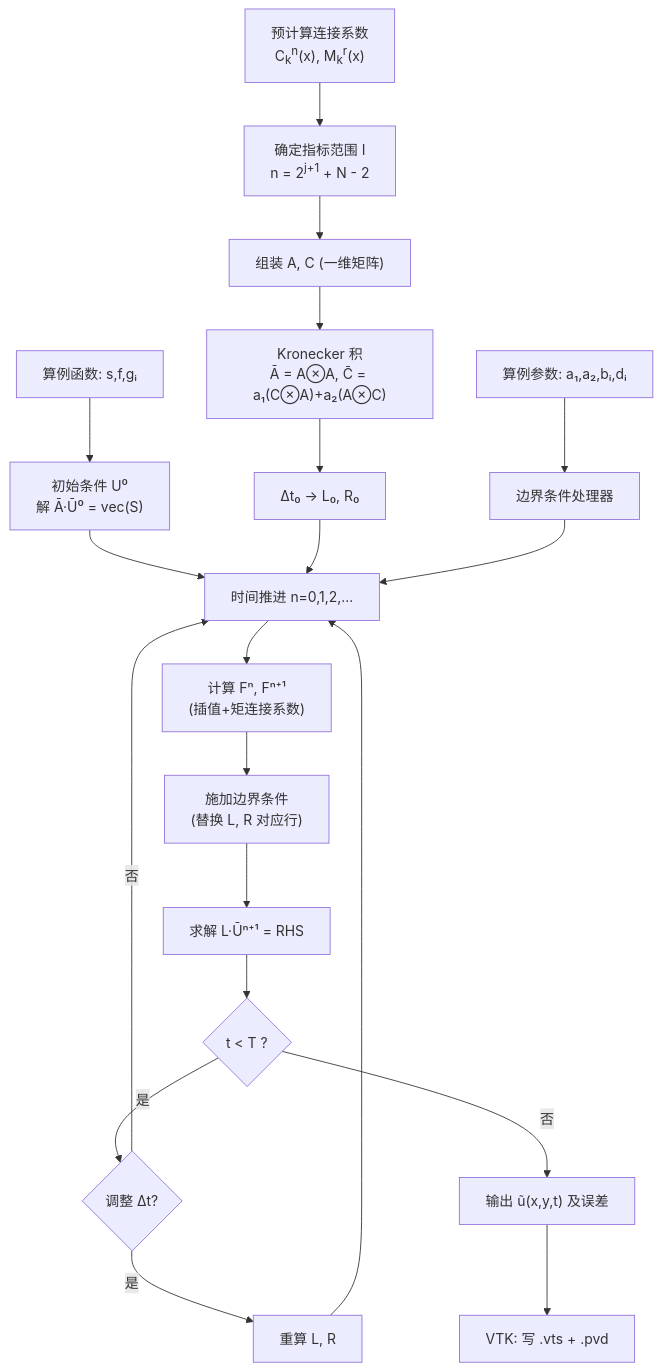
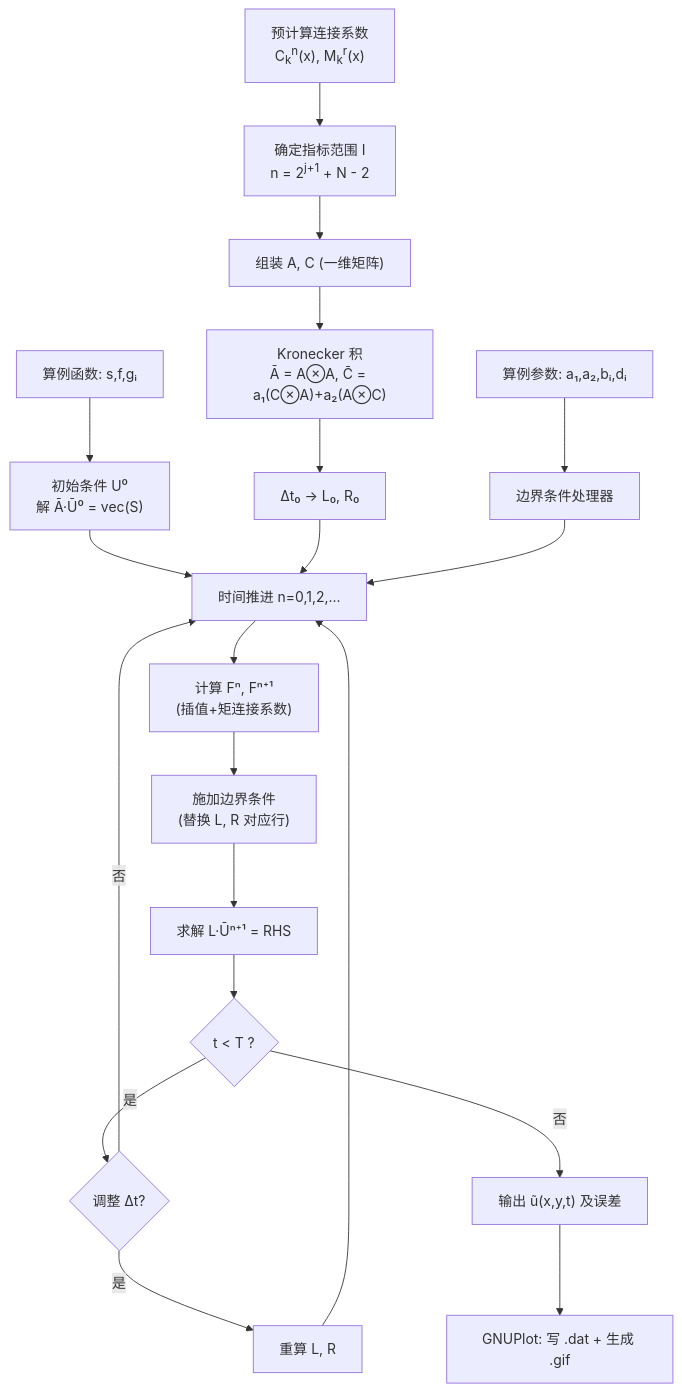
Before and after one commit to Marconik/WaveletFEM: the first of 2 diagrams in README.md, drawn with Mermaid. The commit also changed other lines of this file, not shown here.

````diff
--- a/README.md
+++ b/README.md
@@ -207,27 +207,27 @@
 ```mermaid
 graph TD
     A["预计算连接系数<br>C<sub>k</sub><sup>n</sup>(x), M<sub>k</sub><sup>r</sup>(x)"] --> B["确定指标范围 I<br>n = 2<sup>j+1</sup> + N - 2"]
     B --> C["组装 A, C (一维矩阵)"]
     C --> D["Kronecker 积<br>Ā = A⊗A, C̄ = a₁(C⊗A)+a₂(A⊗C)"]
     
     D --> E["Δt₀ → L₀, R₀"]
     
     F["算例参数: a₁,a₂,bᵢ,dᵢ"] --> G["边界条件处理器"]
     H["算例函数: s,f,gᵢ"] --> I["初始条件 U⁰<br>解 Ā·Ū⁰ = vec(S)"]
     
     I --> J["时间推进 n=0,1,2,..."]
     E --> J
     G --> J
     
     J --> K["计算 Fⁿ, Fⁿ⁺¹<br>(插值+矩连接系数)"]
     K --> L["施加边界条件<br>(替换 L, R 对应行)"]
     L --> M["求解 L·Ūⁿ⁺¹ = RHS"]
     M --> N{t &lt; T ?}
     N -->|是| O{"调整 Δt?"}
     O -->|是| P["重算 L, R"]
     O -->|否| J
     P --> J
     N -->|否| Q["输出 ũ(x,y,t) 及误差"]
     
-    Q --> R["VTK: 写 .vts + .pvd"]
+    Q --> R["GNUPlot: 写 .dat + 生成 .gif"]
 ```
````
